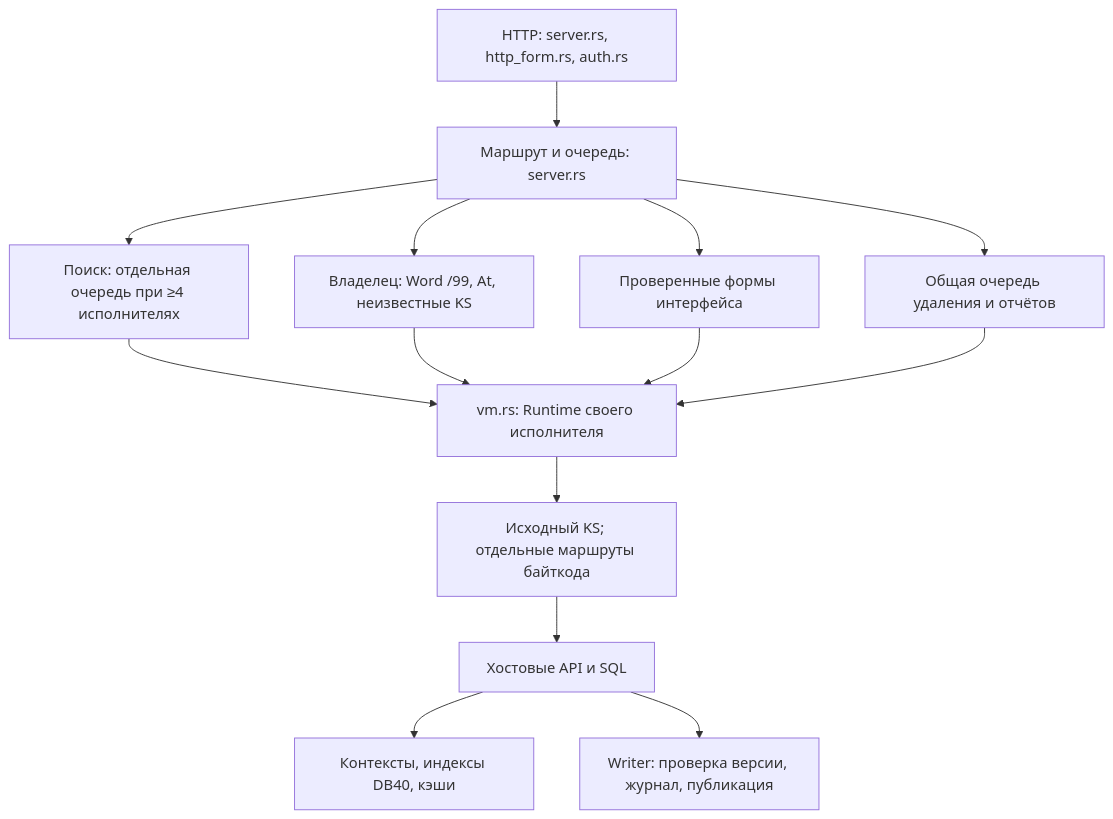
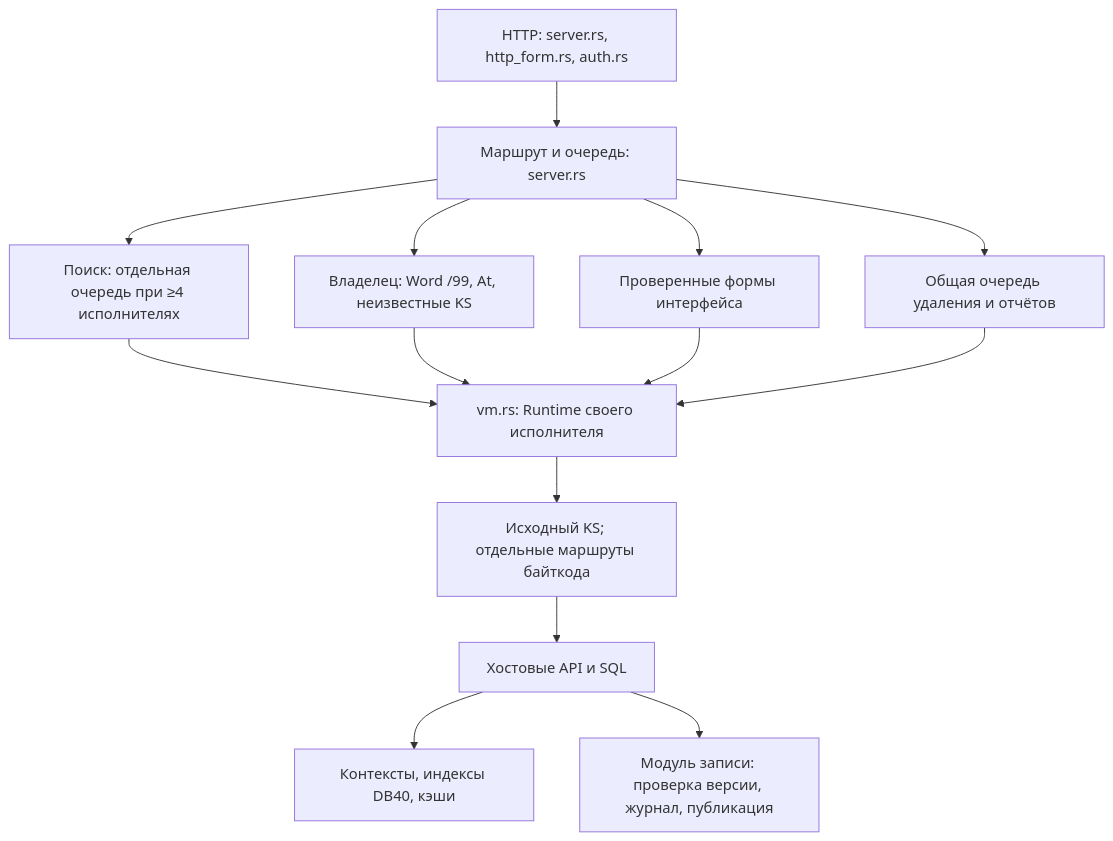
Before and after one commit to Hannabiann/codex-AIs: the diagram in docs/DEVELOPMENT.md, drawn with Mermaid. The commit also changed other lines of this file and 33 other files, not shown here.

````diff
--- a/docs/DEVELOPMENT.md
+++ b/docs/DEVELOPMENT.md
@@ -17,16 +17,16 @@
 ```mermaid
 flowchart TD
     HTTP["HTTP: server.rs, http_form.rs, auth.rs"] --> ROUTE["Маршрут и очередь: server.rs"]
     ROUTE --> OWNER["Владелец: Word /99, At, неизвестные KS"]
     ROUTE --> UI["Проверенные формы интерфейса"]
     ROUTE --> SEARCH["Поиск: отдельная очередь при ≥4 исполнителях"]
     ROUTE --> HEAVY["Общая очередь удаления и отчётов"]
     SEARCH --> VM
     OWNER --> VM["vm.rs: Runtime своего исполнителя"]
     UI --> VM
     HEAVY --> VM
     VM --> KS["Исходный KS; отдельные маршруты байткода"]
     KS --> HOST["Хостовые API и SQL"]
     HOST --> READ["Контексты, индексы DB40, кэши"]
-    HOST --> WRITE["Writer: проверка версии, журнал, публикация"]
+    HOST --> WRITE["Модуль записи: проверка версии, журнал, публикация"]
 ```
````
